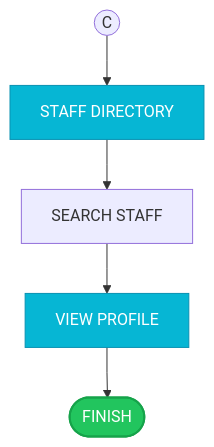
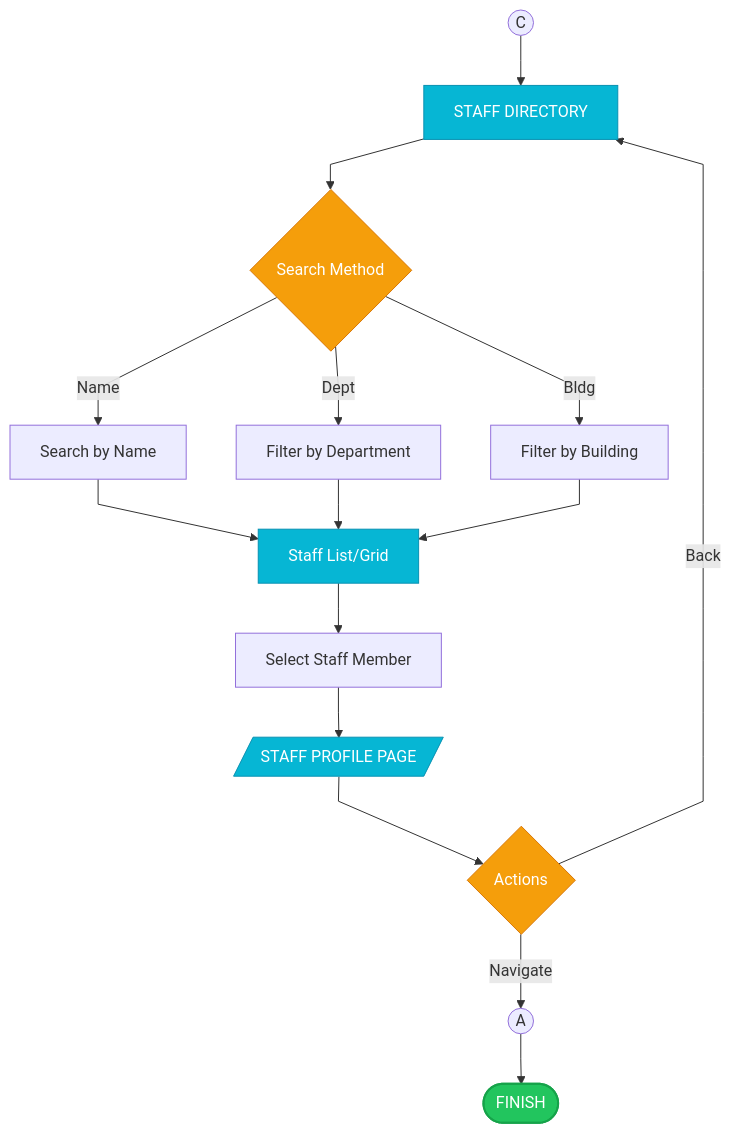
Before and after one commit to Yui1003/iCCAT: the fourth of 6 diagrams in iCCAT-Academic-Flowcharts-Printable.md, drawn with Mermaid. The commit also changed other lines of this file, not shown here.

First line of the commit message:
Add comprehensive academic flowcharts to the kiosk documentation

````diff
--- a/iCCAT-Academic-Flowcharts-Printable.md
+++ b/iCCAT-Academic-Flowcharts-Printable.md
@@ -72,14 +116,31 @@
 ```mermaid
 %%{init: {'flowchart': {'curve': 'linear', 'nodeSpacing': 50, 'rankSpacing': 50}}}%%
 flowchart TB
     classDef startEnd fill:#22c55e,stroke:#16a34a,color:#fff,stroke-width:2px
     classDef display fill:#06b6d4,stroke:#0891b2,color:#fff
+    classDef decision fill:#f59e0b,stroke:#d97706,color:#fff
     
     C((C)) --> STAFF[STAFF DIRECTORY]
-    STAFF --> SEARCH[SEARCH STAFF]
-    SEARCH --> PROFILE[VIEW PROFILE]
-    PROFILE --> FINISH([FINISH])
+    STAFF --> FILT{Search Method}
+    
+    FILT -->|Name| SN[Search by Name]
+    FILT -->|Dept| SD[Filter by Department]
+    FILT -->|Bldg| SB[Filter by Building]
+    
+    SN --> LST[Staff List/Grid]
+    SD --> LST
+    SB --> LST
+    
+    LST --> SEL[Select Staff Member]
+    SEL --> PROF[/STAFF PROFILE PAGE/]
+    
+    PROF --> OPT{Actions}
+    OPT -->|Navigate| NAV((A))
+    OPT -->|Back| STAFF
+    
+    NAV --> FINISH([FINISH])
 
     class FINISH startEnd
-    class STAFF,PROFILE display
+    class STAFF,LST,PROF display
+    class FILT,OPT decision
 ```
````
